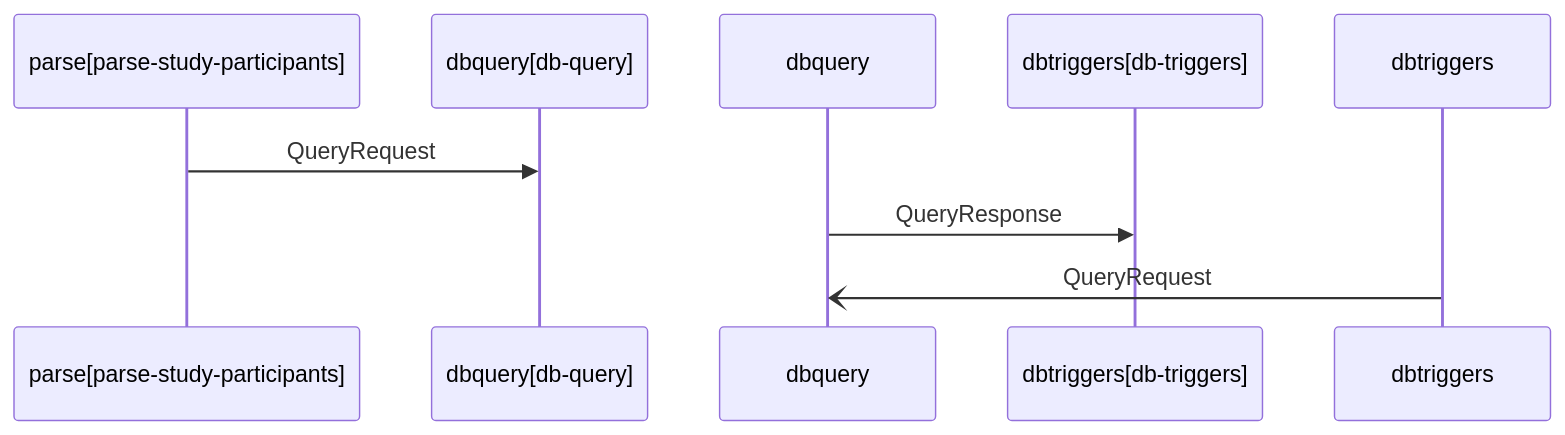
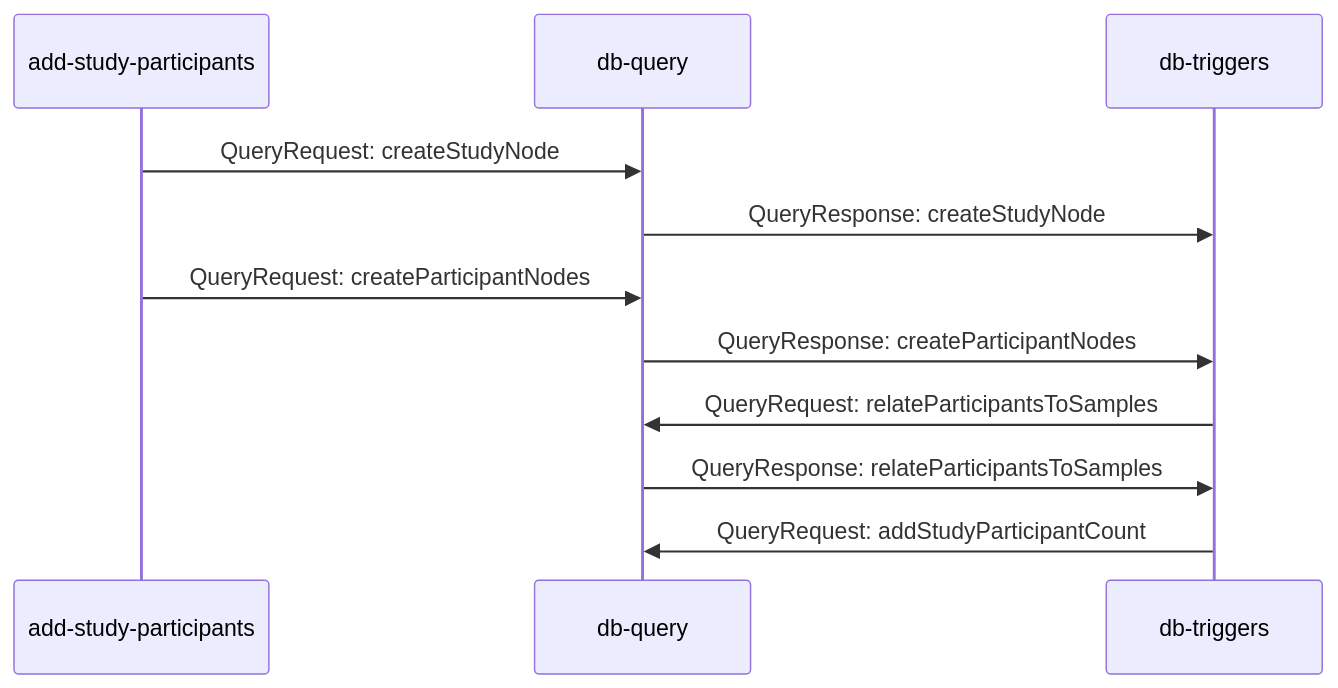
Before and after one commit to va-big-data-genomics/va-big-data-genomics.github.io: the second of 2 diagrams in _posts/2023-05-12-paul-untitled-post.md, drawn with Mermaid. The commit also changed other lines of this file, not shown here.

```diff
--- a/_posts/2023-05-12-paul-untitled-post.md
+++ b/_posts/2023-05-12-paul-untitled-post.md
@@ -41,6 +82,10 @@
 <div class="mermaid">
     sequenceDiagram
-    parse[parse-study-participants] ->> dbquery[db-query]: QueryRequest
-    dbquery ->> dbtriggers[db-triggers]: QueryResponse
-    dbtriggers -) dbquery: QueryRequest
+    add-study-participants ->> db-query: QueryRequest: createStudyNode
+    db-query ->> db-triggers: QueryResponse: createStudyNode
+    add-study-participants ->> db-query: QueryRequest: createParticipantNodes
+    db-query ->> db-triggers: QueryResponse: createParticipantNodes
+    db-triggers ->> db-query: QueryRequest: relateParticipantsToSamples
+    db-query ->> db-triggers: QueryResponse: relateParticipantsToSamples
+    db-triggers ->> db-query: QueryRequest: addStudyParticipantCount
 </div>
```
